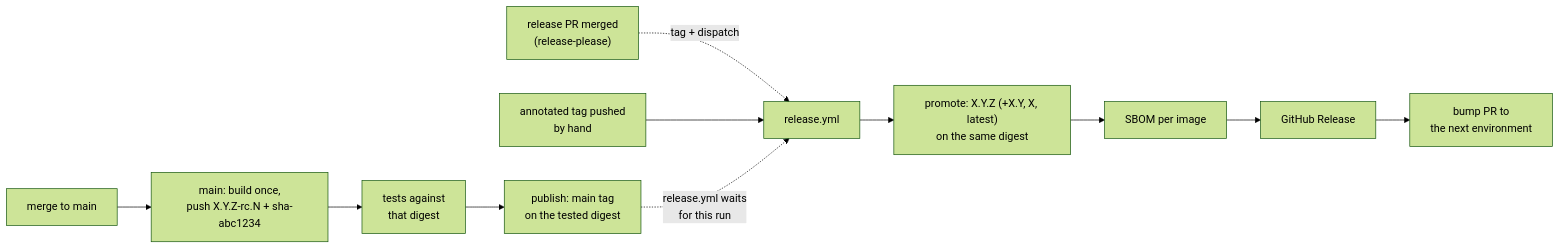
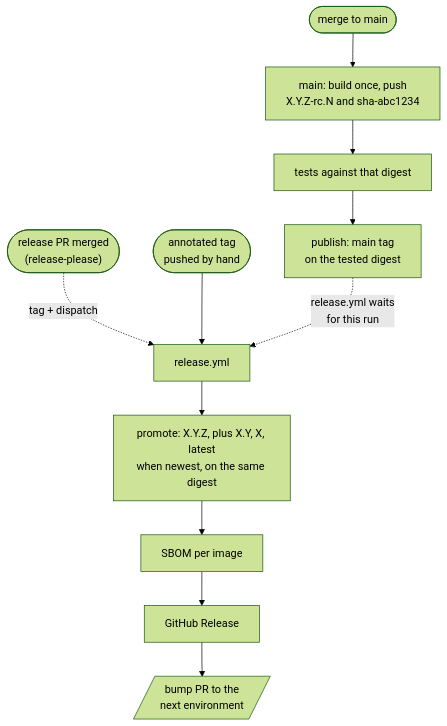
One commit to crazymatthsu/github-demo changed the diagram in .claude/skills/gha-versioning-release/references/release-flow.md. Above: the diagram before and after it, drawn with Mermaid (forest theme). The commit also changed 1 other file, not shown here.

Commit message:
WIP(skills): snapshot of the five companion skills while they are being written
Work in progress, committed so it survives a container restart; the finished skills replace it.

Claude-Session: https://claude.ai/code/session_014nRRTMZvKVc5QuYxqsfEWa

````diff
--- a/.claude/skills/gha-versioning-release/references/release-flow.md
+++ b/.claude/skills/gha-versioning-release/references/release-flow.md
@@ -12,11 +12,13 @@
 ```mermaid
-flowchart LR
-  M["merge to main"] --> B["main: build once,<br/>push X.Y.Z-rc.N + sha-abc1234"]
-  B --> T["tests against<br/>that digest"]
+flowchart TD
+  M(["merge to main"]) --> B["main: build once, push<br/>X.Y.Z-rc.N and sha-abc1234"]
+  B --> T["tests against that digest"]
   T --> P["publish: main tag<br/>on the tested digest"]
-  RP["release PR merged<br/>(release-please)"] -.->|"tag + dispatch"| R
-  H["annotated tag pushed<br/>by hand"] --> R["release.yml"]
+  RP(["release PR merged<br/>(release-please)"]) -.->|"tag + dispatch"| R
+  H(["annotated tag<br/>pushed by hand"]) --> R["release.yml"]
   P -.->|"release.yml waits<br/>for this run"| R
-  R --> PR2["promote: X.Y.Z (+X.Y, X, latest)<br/>on the same digest"]
-  PR2 --> S["SBOM per image"] --> G["GitHub Release"] --> BP["bump PR to<br/>the next environment"]
+  R --> PR2["promote: X.Y.Z, plus X.Y, X, latest<br/>when newest, on the same digest"]
+  PR2 --> S["SBOM per image"]
+  S --> G["GitHub Release"]
+  G --> BP[/"bump PR to the<br/>next environment"/]
 ```
````
